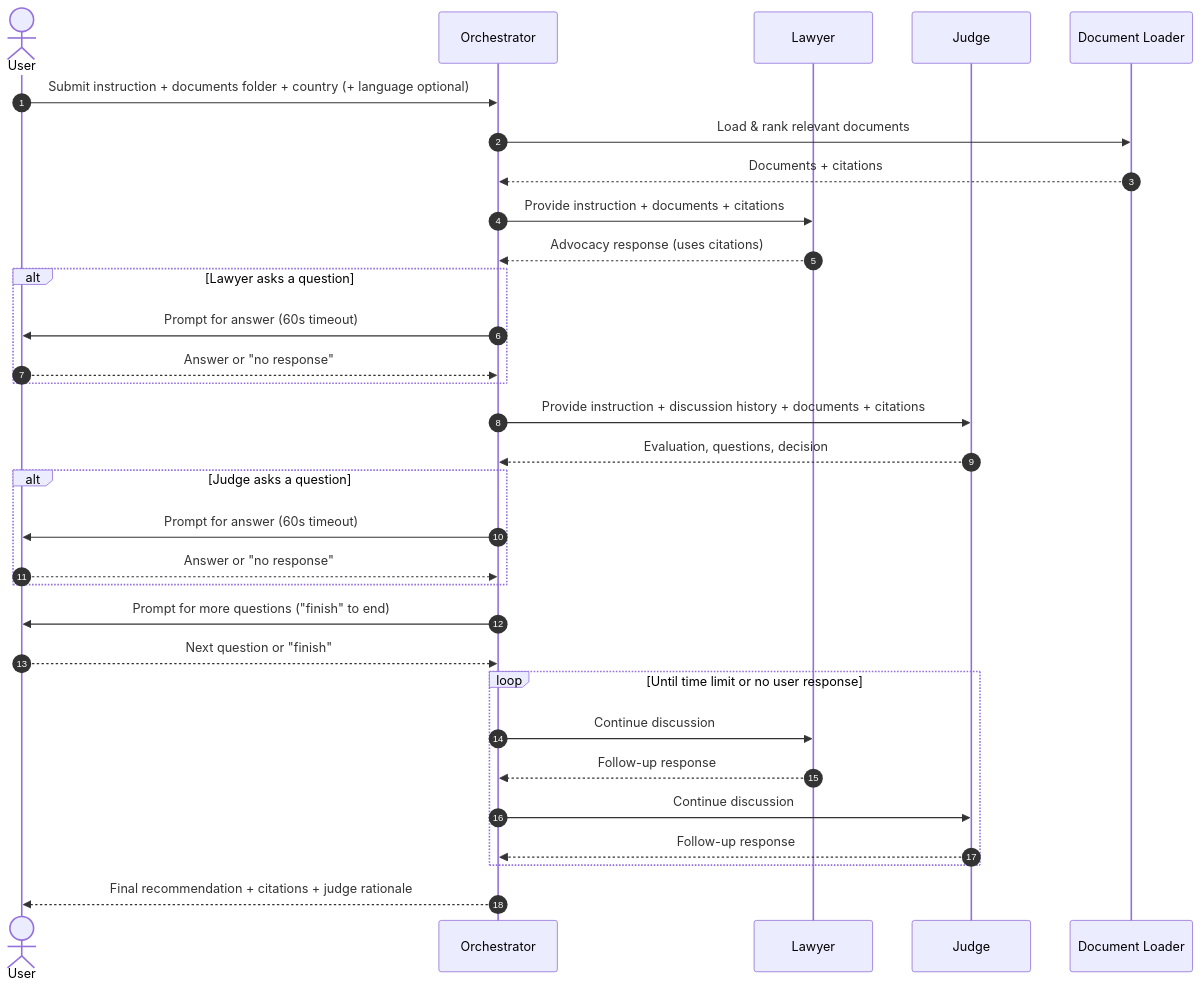
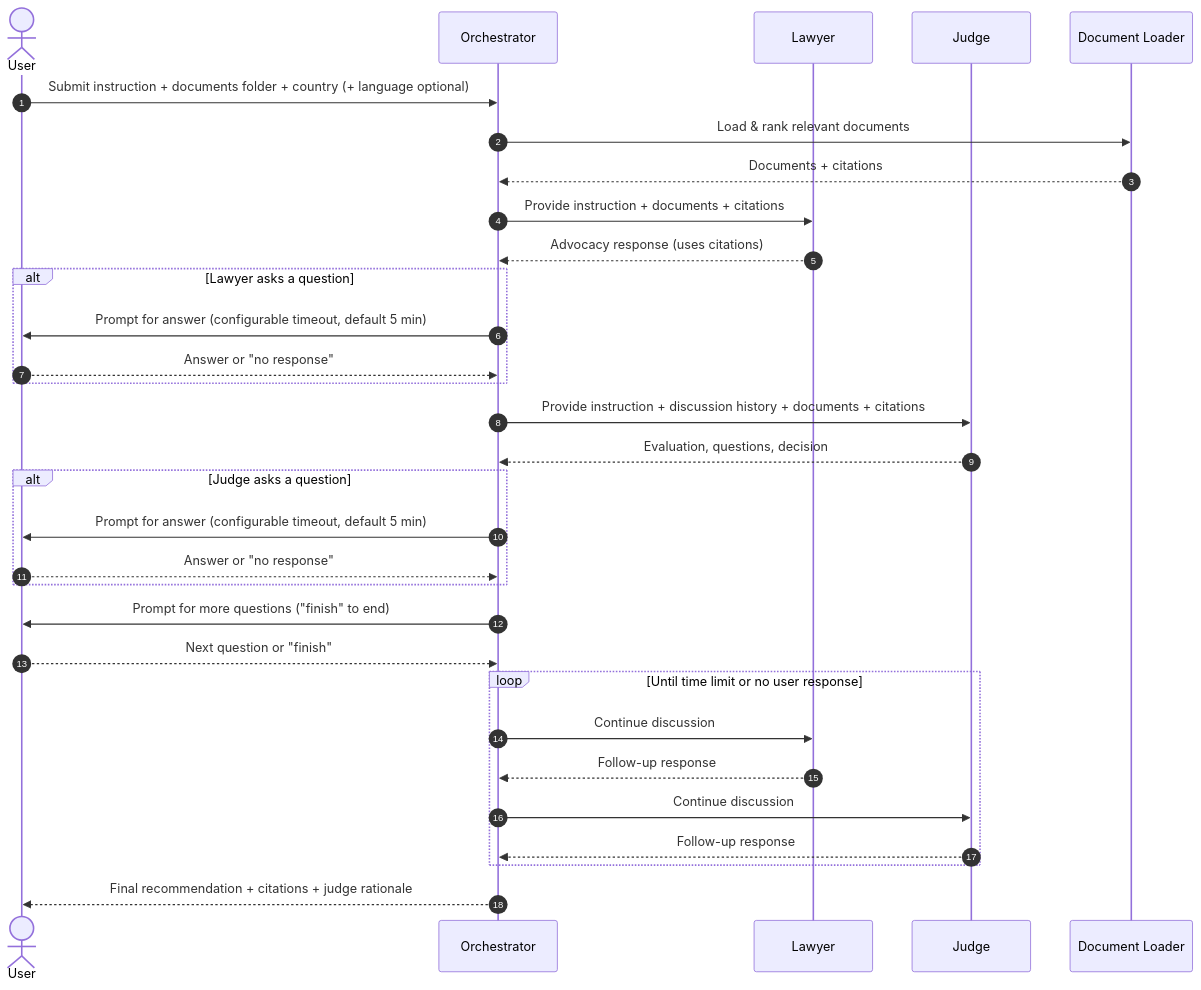
One commit to mmaideveloper/aijurisdictionagents changed the diagram in docs/SEQUENCE.md. Above: the diagram before and after it, drawn with Mermaid. The commit also changed 6 other files, not shown here.

Commit message:
Make question timeout configurable

````diff
--- a/docs/SEQUENCE.md
+++ b/docs/SEQUENCE.md
@@ -3,34 +3,34 @@
 ```mermaid
 sequenceDiagram
     autonumber
     actor User
     participant Orchestrator
     participant Lawyer
     participant Judge
     participant Docs as Document Loader
 
     User->>Orchestrator: Submit instruction + documents folder + country (+ language optional)
     Orchestrator->>Docs: Load & rank relevant documents
     Docs-->>Orchestrator: Documents + citations
     Orchestrator->>Lawyer: Provide instruction + documents + citations
     Lawyer-->>Orchestrator: Advocacy response (uses citations)
     alt Lawyer asks a question
-        Orchestrator->>User: Prompt for answer (60s timeout)
+        Orchestrator->>User: Prompt for answer (configurable timeout, default 5 min)
         User-->>Orchestrator: Answer or "no response"
     end
     Orchestrator->>Judge: Provide instruction + discussion history + documents + citations
     Judge-->>Orchestrator: Evaluation, questions, decision
     alt Judge asks a question
-        Orchestrator->>User: Prompt for answer (60s timeout)
+        Orchestrator->>User: Prompt for answer (configurable timeout, default 5 min)
         User-->>Orchestrator: Answer or "no response"
     end
     Orchestrator->>User: Prompt for more questions ("finish" to end)
     User-->>Orchestrator: Next question or "finish"
     loop Until time limit or no user response
         Orchestrator->>Lawyer: Continue discussion
         Lawyer-->>Orchestrator: Follow-up response
         Orchestrator->>Judge: Continue discussion
         Judge-->>Orchestrator: Follow-up response
     end
     Orchestrator-->>User: Final recommendation + citations + judge rationale
 ```
````
